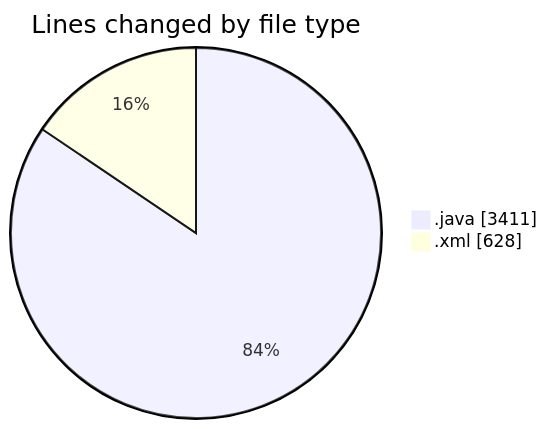
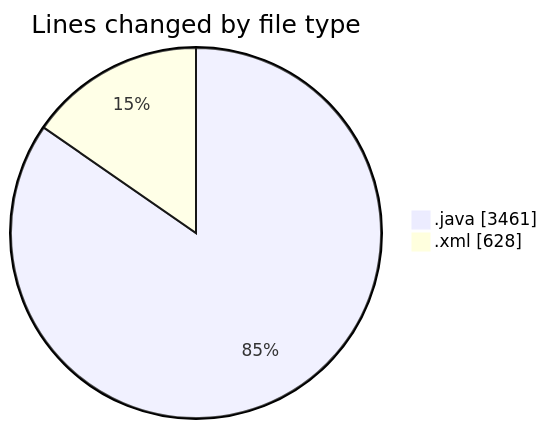
The first of 2 diagrams in 2025-02-26/micros/README.md (charlie-sans/code-tracking), drawn with Mermaid before and after one commit. The commit also changed other lines of this file and 1 other file, not shown here.

````diff
--- a/2025-02-26/micros/README.md
+++ b/2025-02-26/micros/README.md
@@ -28,6 +28,6 @@
 ```mermaid
 pie showData
 title Lines changed by file type
-".java" : 3411
+".java" : 3461
 ".xml" : 628
 ```
````
